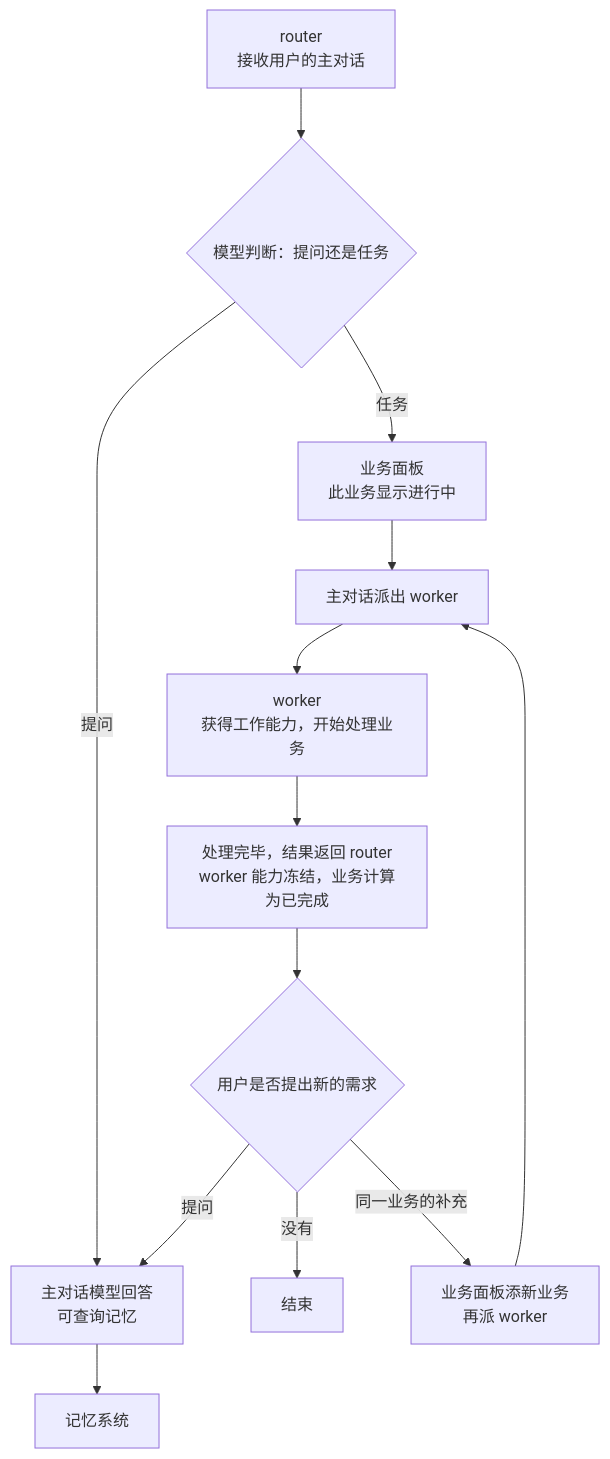
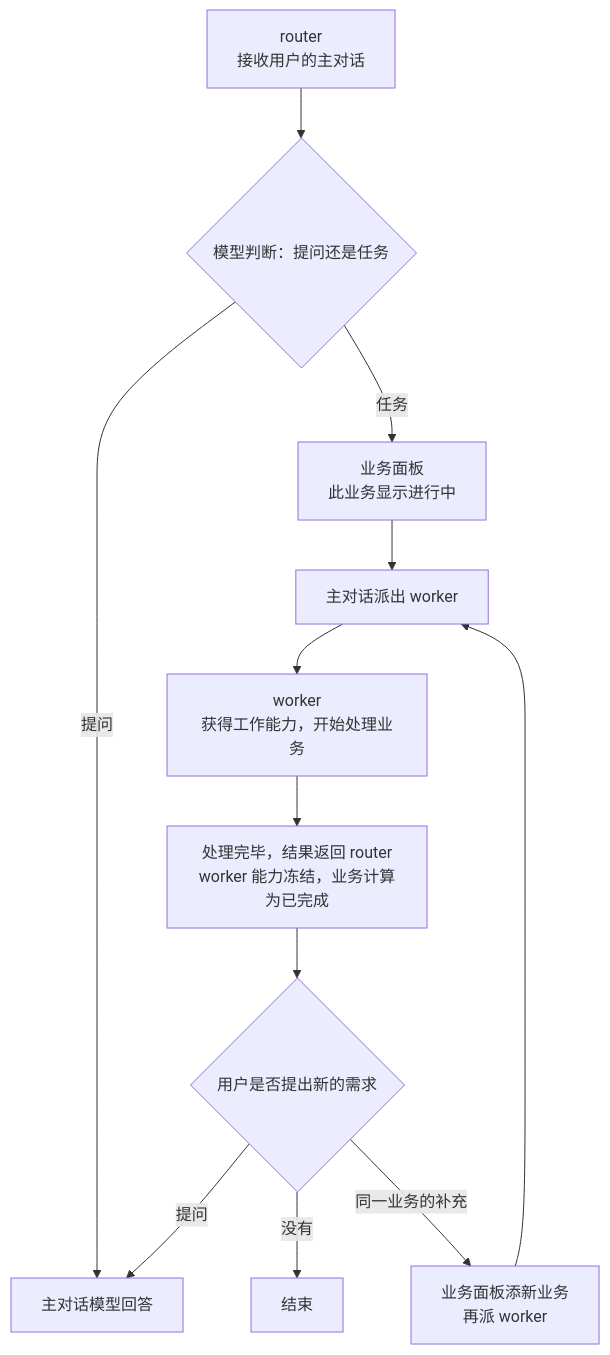
The diagram in docs/diagrams/001-terms-and-flow.md (LMQ00/superagent-lite), drawn with Mermaid before and after one commit. The commit also changed other lines of this file and 34 other files, not shown here.

````diff
--- a/docs/diagrams/001-terms-and-flow.md
+++ b/docs/diagrams/001-terms-and-flow.md
@@ -5,15 +5,14 @@
 ```mermaid
 flowchart TD
   R["router<br/>接收用户的主对话"] --> J{"模型判断：提问还是任务"}
-  J -->|提问| A["主对话模型回答<br/>可查询记忆"]
-  A --> MEM["记忆系统"]
+  J -->|提问| A["主对话模型回答"]
   J -->|任务| B["业务面板<br/>此业务显示进行中"]
   B --> D["主对话派出 worker"]
   D --> W["worker<br/>获得工作能力，开始处理业务"]
   W --> C["处理完毕，结果返回 router<br/>worker 能力冻结，业务计算为已完成"]
   C --> N{"用户是否提出新的需求"}
   N -->|没有| Z["结束"]
   N -->|同一业务的补充| B2["业务面板添新业务<br/>再派 worker"]
   B2 --> D
   N -->|提问| A
 ```
````
